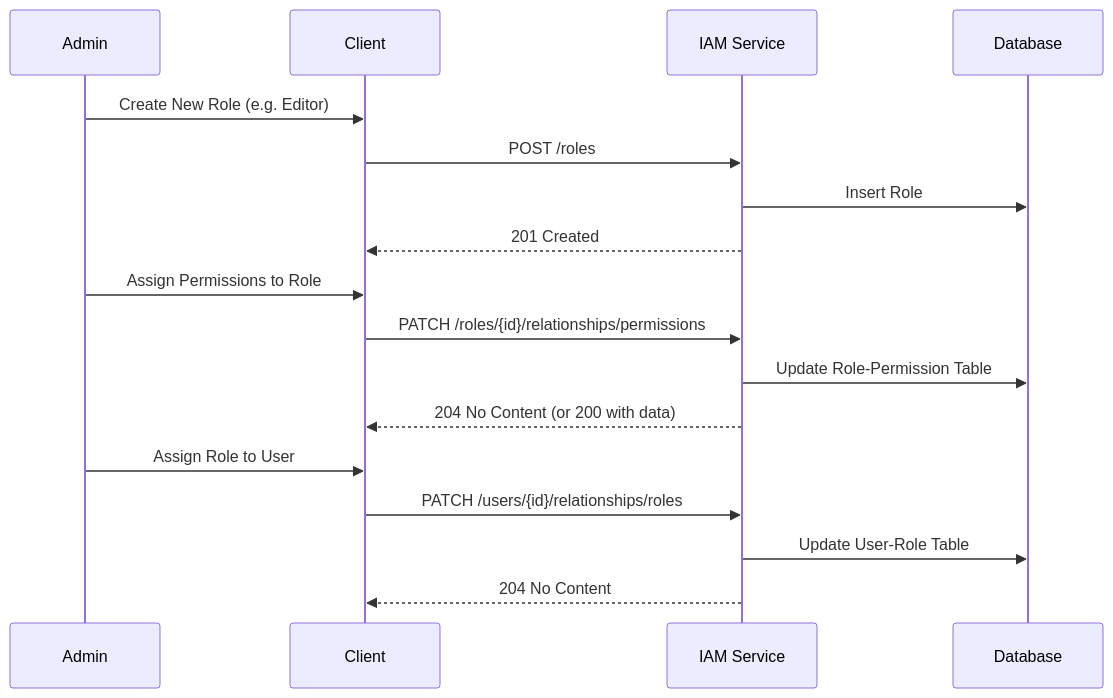
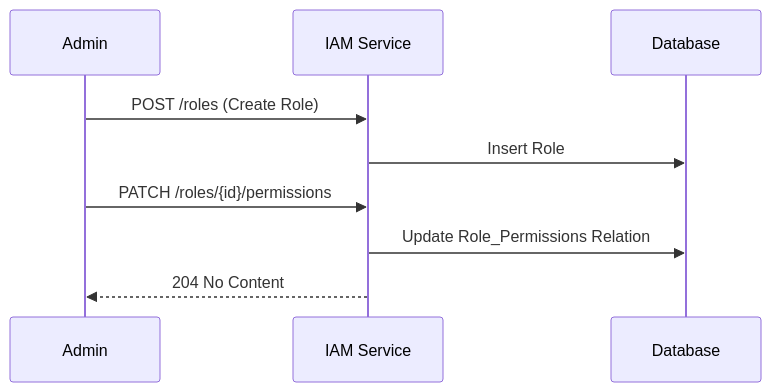
One commit to vheins/vibe-coding-template changed the diagram in .agent/documents/application/modules/iam-security/role-permission-management.md. Above: the diagram before and after it, drawn with Mermaid. The commit also changed other lines of this file and 2 other files, not shown here.

````diff
--- a/.agent/documents/application/modules/iam-security/role-permission-management.md
+++ b/.agent/documents/application/modules/iam-security/role-permission-management.md
@@ -63,22 +24,12 @@
 ```mermaid
 sequenceDiagram
     participant Admin
-    participant Client
     participant API as IAM Service
     participant DB as Database
 
-    Admin->>Client: Create New Role (e.g. Editor)
-    Client->>API: POST /roles
+    Admin->>API: POST /roles (Create Role)
     API->>DB: Insert Role
-    API-->>Client: 201 Created
-
-    Admin->>Client: Assign Permissions to Role
-    Client->>API: PATCH /roles/{id}/relationships/permissions
-    API->>DB: Update Role-Permission Table
-    API-->>Client: 204 No Content (or 200 with data)
-
-    Admin->>Client: Assign Role to User
-    Client->>API: PATCH /users/{id}/relationships/roles
-    API->>DB: Update User-Role Table
-    API-->>Client: 204 No Content
+    Admin->>API: PATCH /roles/{id}/permissions
+    API->>DB: Update Role_Permissions Relation
+    API-->>Admin: 204 No Content
 ```
````
